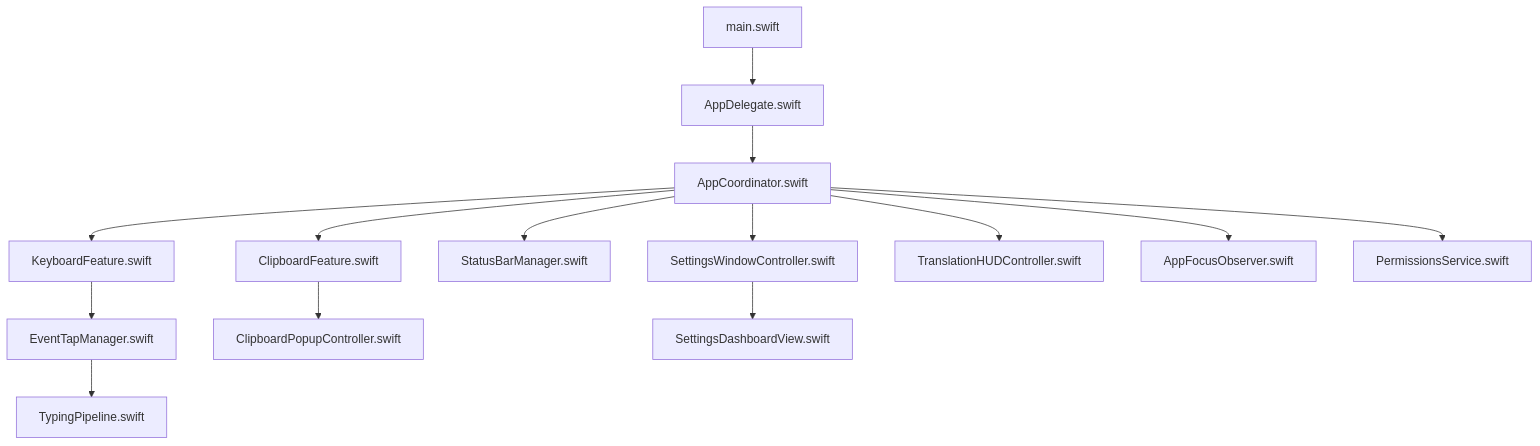
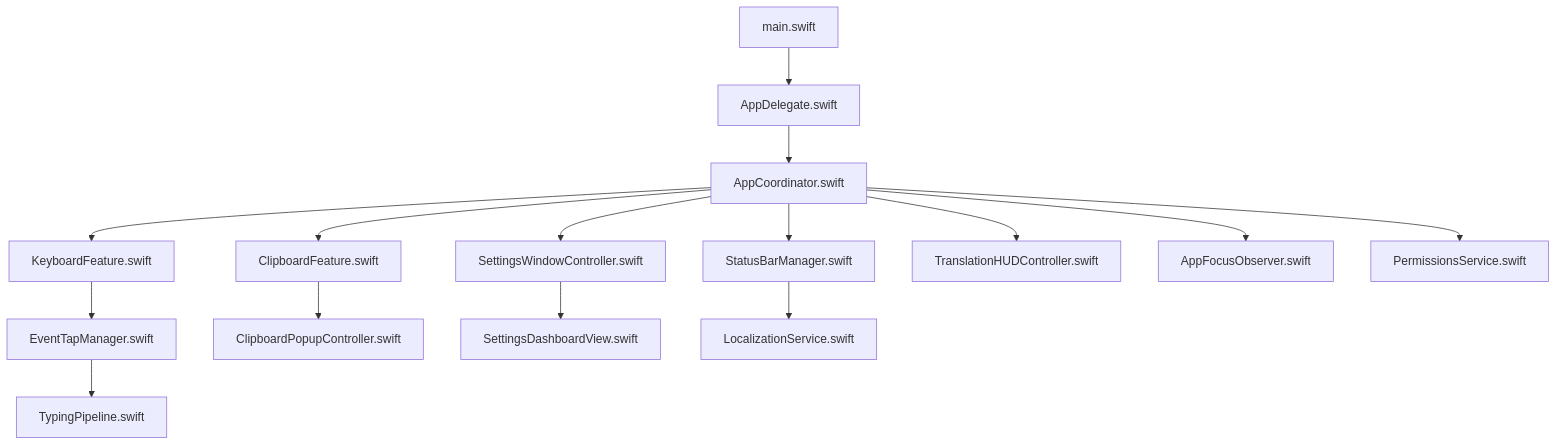
The first of 9 diagrams in .qoder/repowiki/en/content/macOS Application/macOS Application.md (Nam088/skey), drawn with Mermaid before and after one commit. The commit also changed other lines of this file and 84 other files, not shown here.

````diff
--- a/.qoder/repowiki/en/content/macOS Application/macOS Application.md
+++ b/.qoder/repowiki/en/content/macOS Application/macOS Application.md
@@ -39,16 +49,17 @@
 ```mermaid
 graph TB
 A["main.swift"] --> B["AppDelegate.swift"]
 B --> C["AppCoordinator.swift"]
 C --> D["KeyboardFeature.swift"]
 C --> E["ClipboardFeature.swift"]
 C --> F["StatusBarManager.swift"]
 D --> G["EventTapManager.swift"]
 G --> H["TypingPipeline.swift"]
 E --> I["ClipboardPopupController.swift"]
 C --> J["SettingsWindowController.swift"]
 J --> K["SettingsDashboardView.swift"]
 C --> L["TranslationHUDController.swift"]
 C --> M["AppFocusObserver.swift"]
 C --> N["PermissionsService.swift"]
+F --> O["LocalizationService.swift"]
 ```
````
